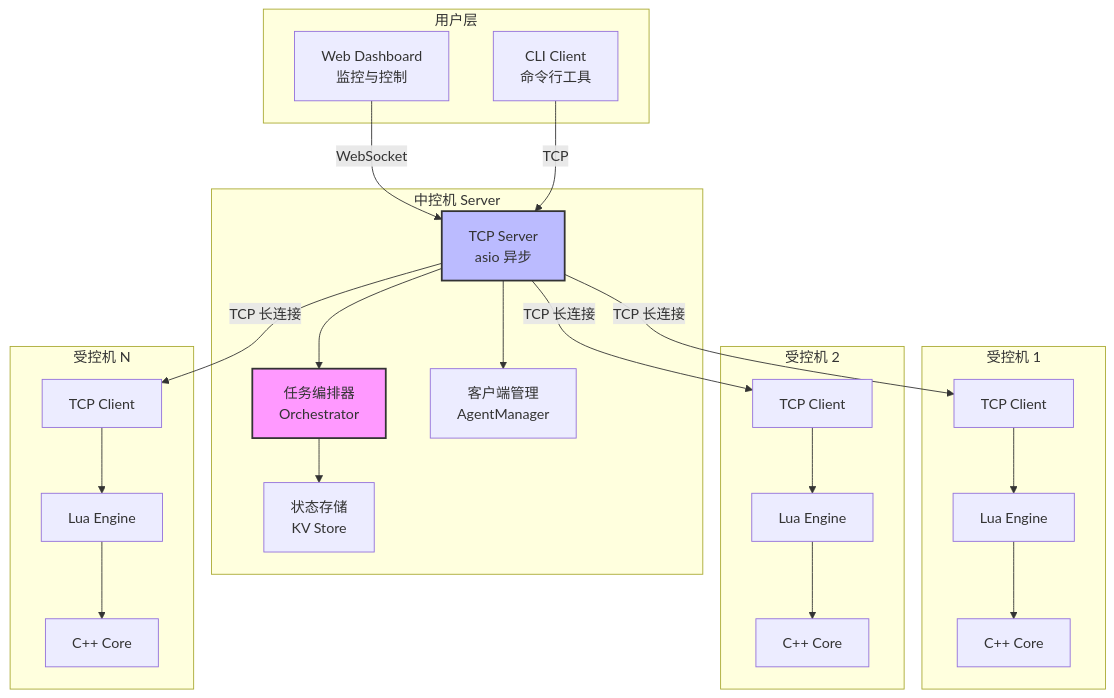
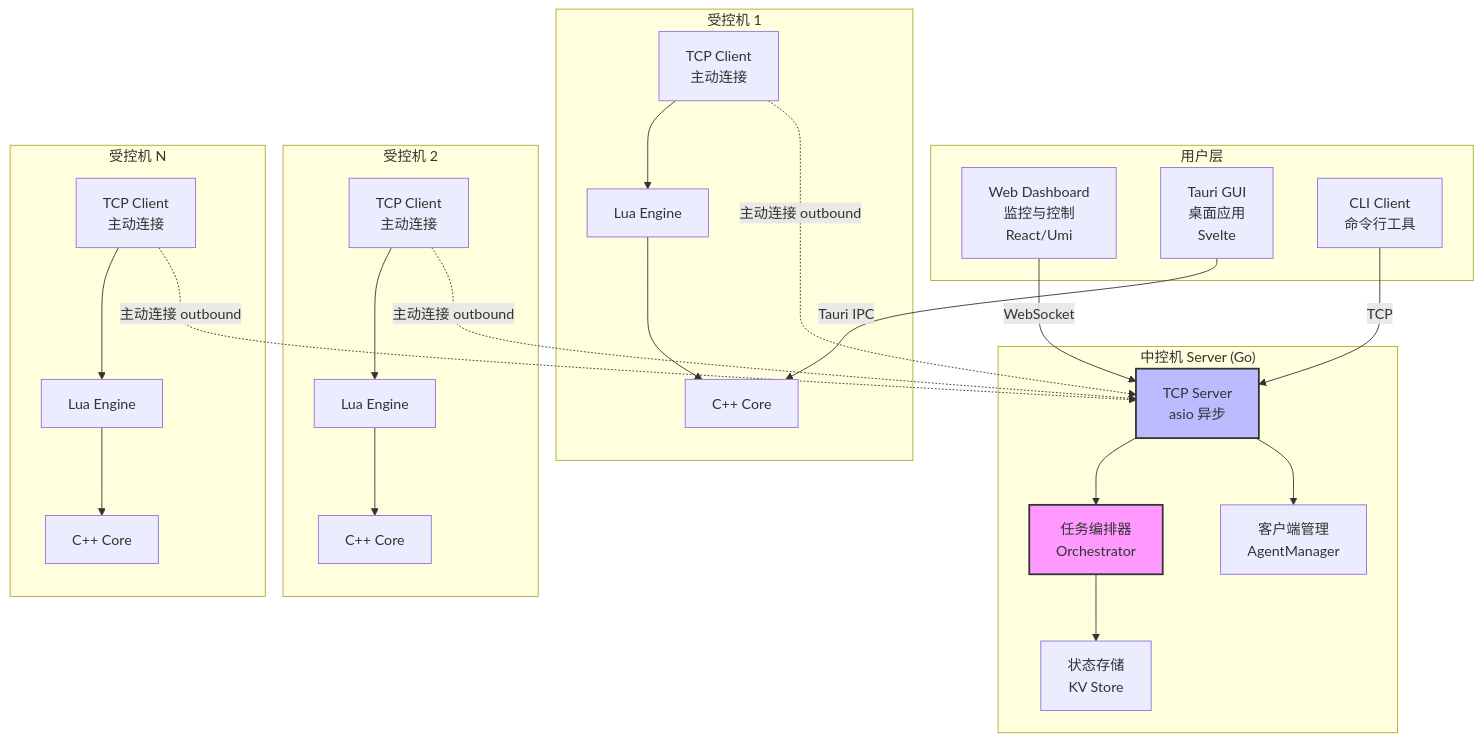
Before and after one commit to cuihairu/wingman: the first of 6 diagrams in docs/guide/architecture.md, drawn with Mermaid. The commit also changed other lines of this file and 19 other files, not shown here.

First line of the commit message:
refactor: remove Drogon HTTP server and RemoteControlServer/Client

````diff
--- a/docs/guide/architecture.md
+++ b/docs/guide/architecture.md
@@ -5,53 +5,55 @@
 ```mermaid
 graph TB
     subgraph "用户层"
-        UI[Web Dashboard<br/>监控与控制]
+        UI[Web Dashboard<br/>监控与控制<br/>React/Umi]
+        GUI[Tauri GUI<br/>桌面应用<br/>Svelte]
         CLI[CLI Client<br/>命令行工具]
     end
 
-    subgraph "中控机 Server"
+    subgraph "中控机 Server (Go)"
         Orchestrator[任务编排器<br/>Orchestrator]
         AgentMgr[客户端管理<br/>AgentManager]
         TCPServer[TCP Server<br/>asio 异步]
         Storage[状态存储<br/>KV Store]
     end
 
     subgraph "受控机 1"
-        Client1[TCP Client]
+        Client1[TCP Client<br/>主动连接]
         Lua1[Lua Engine]
         Core1[C++ Core]
     end
 
     subgraph "受控机 2"
-        Client2[TCP Client]
+        Client2[TCP Client<br/>主动连接]
         Lua2[Lua Engine]
         Core2[C++ Core]
     end
 
     subgraph "受控机 N"
-        ClientN[TCP Client]
+        ClientN[TCP Client<br/>主动连接]
         LuaN[Lua Engine]
         CoreN[C++ Core]
     end
 
     UI -->|WebSocket| TCPServer
+    GUI -->|Tauri IPC| Core1
     CLI -->|TCP| TCPServer
     TCPServer --> AgentMgr
     TCPServer --> Orchestrator
     Orchestrator --> Storage
 
-    TCPServer -->|TCP 长连接| Client1
-    TCPServer -->|TCP 长连接| Client2
-    TCPServer -->|TCP 长连接| ClientN
+    Client1 -.->|主动连接 outbound| TCPServer
+    Client2 -.->|主动连接 outbound| TCPServer
+    ClientN -.->|主动连接 outbound| TCPServer
 
     Client1 --> Lua1
     Client2 --> Lua2
     ClientN --> LuaN
 
     Lua1 --> Core1
     Lua2 --> Core2
     LuaN --> CoreN
 
     style Orchestrator fill:#f9f,stroke:#333,stroke-width:2px
     style TCPServer fill:#bbf,stroke:#333,stroke-width:2px
 ```
````
